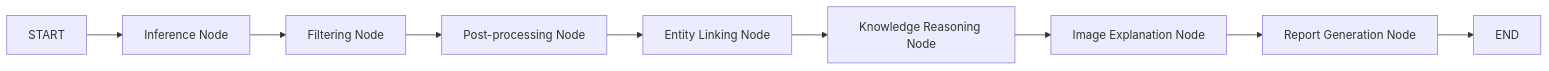
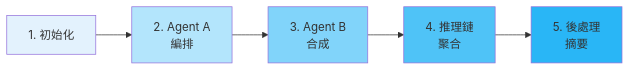
One commit to momonong/Cognivex changed the second of 5 diagrams in README.md. Above: the diagram before and after it, drawn with Mermaid. The commit also changed other lines of this file and 99 other files, not shown here.

````diff
--- a/README.md
+++ b/README.md
@@ -62,11 +216,13 @@
 ```mermaid
 graph LR
-    A[START] --> B[Inference Node]
-    B --> C[Filtering Node] 
-    C --> D[Post-processing Node]
-    D --> E[Entity Linking Node]
-    E --> F[Knowledge Reasoning Node]
-    F --> G[Image Explanation Node]
-    G --> H[Report Generation Node]
-    H --> I[END]
+    A[1. 初始化] --> B[2. Agent A<br/>編排]
+    B --> C[3. Agent B<br/>合成]
+    C --> D[4. 推理鏈<br/>聚合]
+    D --> E[5. 後處理<br/>摘要]
+    
+    style A fill:#e3f2fd
+    style B fill:#b3e5fc
+    style C fill:#81d4fa
+    style D fill:#4fc3f7
+    style E fill:#29b6f6
 ```
````
